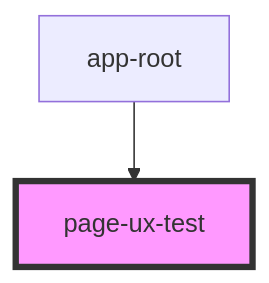
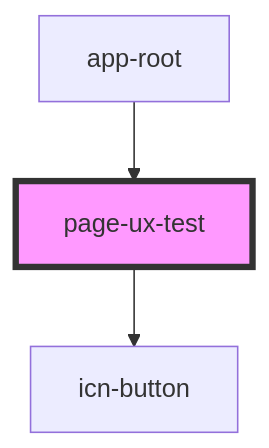
One commit to lokheed/IconEventNetwork.Web changed the diagram in iconeventnetwork-web/src/components/pages/page-ux-test/readme.md. Above: the diagram before and after it, drawn with Mermaid. The commit also changed other lines of this file and 61 other files, not shown here.

First line of the commit message:
Created icn-button component

````diff
--- a/iconeventnetwork-web/src/components/pages/page-ux-test/readme.md
+++ b/iconeventnetwork-web/src/components/pages/page-ux-test/readme.md
@@ -15,5 +19,6 @@
 ```mermaid
 graph TD;
+  page-ux-test --> icn-button
   app-root --> page-ux-test
   style page-ux-test fill:#f9f,stroke:#333,stroke-width:4px
 ```
````
